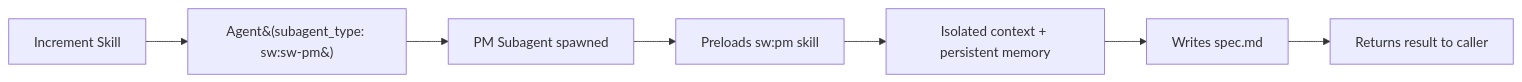
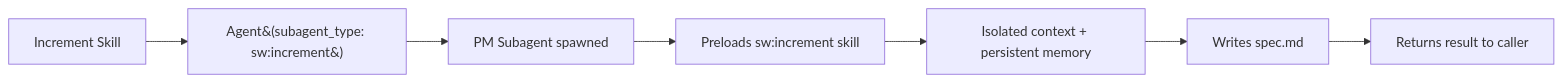
One commit to anton-abyzov/specweave changed the second of 2 diagrams in docs-site/docs/glossary/terms/skills-vs-agents.md. Above: the diagram before and after it, drawn with Mermaid. The commit also changed other lines of this file and 168 other files, not shown here.

````diff
--- a/docs-site/docs/glossary/terms/skills-vs-agents.md
+++ b/docs-site/docs/glossary/terms/skills-vs-agents.md
@@ -94,9 +94,9 @@
 ```mermaid
 graph LR
-    A[Increment Skill] --> B["Agent&#40;subagent_type: sw:sw-pm&#41;"]
+    A[Increment Skill] --> B["Agent&#40;subagent_type: sw:increment&#41;"]
     B --> C[PM Subagent spawned]
-    C --> D["Preloads sw:pm skill"]
+    C --> D["Preloads sw:increment skill"]
     D --> E[Isolated context + persistent memory]
     E --> F[Writes spec.md]
     F --> G[Returns result to caller]
 ```
````
